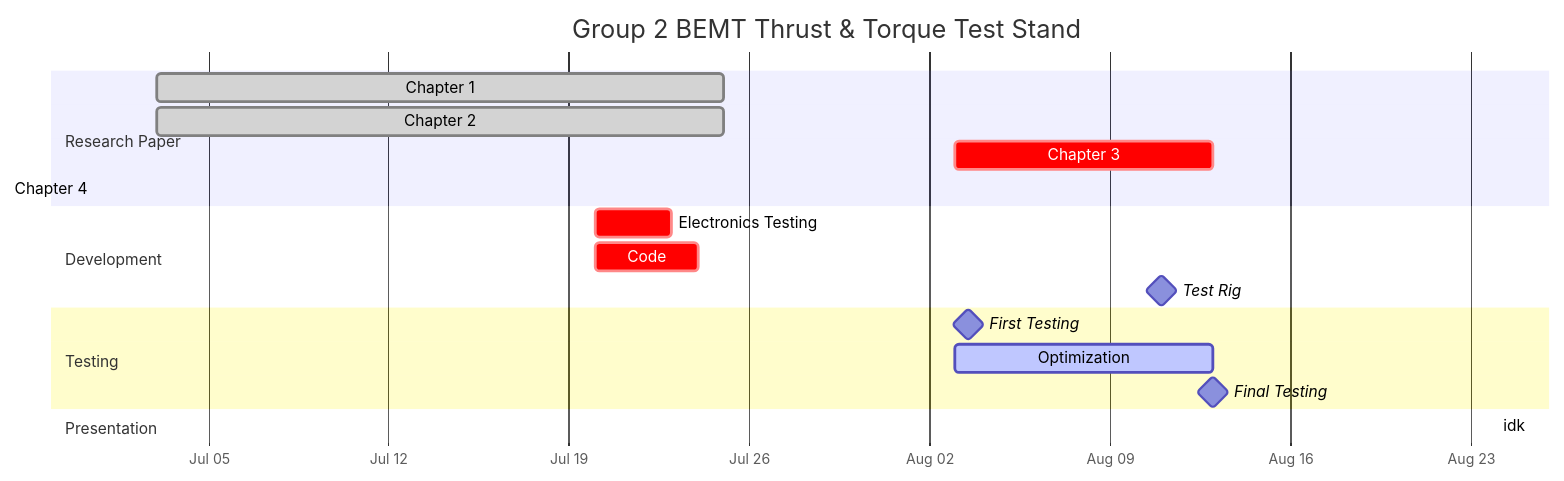
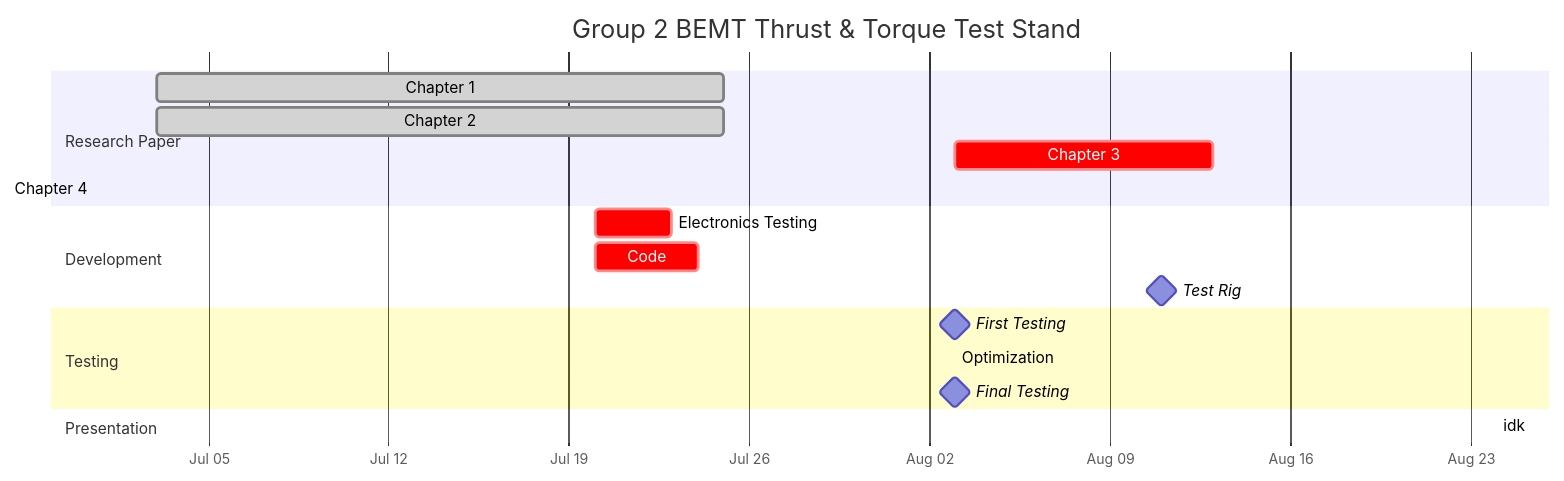
One commit to mdy-aap/AE-416-Research changed the diagram in Group 2/1_ganttchart.md. Above: the diagram before and after it, drawn with Mermaid.

````diff
--- a/Group 2/1_ganttchart.md
+++ b/Group 2/1_ganttchart.md
@@ -1,25 +1,25 @@
 ```mermaid
 gantt
     title Group 2 BEMT Thrust & Torque Test Stand
     dateFormat  YYYY-MM-DD
     axisFormat  %b %d
 
     section Research Paper
     Chapter 1            :done,   des, 2026-07-03, 2026-07-25
     Chapter 2            :done,   des, 2026-07-03, 2026-07-25
     Chapter 3            :crit,   des, 2026-08-03, 10d
-    Chapter 4            :active, des, after des, 1d
+    Chapter 4            :active, des, after des,
 
     section Development
     Electronics Testing  :crit,       dev, 2026-07-20, 3d
     Code                 :crit,       dev, 2026-07-20, 4d
     Test Rig             :milestone,  dev, after des3, 16d
 
     section Testing
-    First Testing        :milestone, dev, 2026-08-03, 1d
-    Optimization         :active,    dev, 2026-08-03, 10d
-    Final Testing        :milestone, dev, 2026-08-03, 20d
+    First Testing        :milestone, dev, 2026-08-03, 0d
+    Optimization         :active,    dev, 2026-08-03, 0d
+    Final Testing        :milestone, dev, 2026-08-03, 0d
 
     section Presentation
     idk                  :active, group, 2026-08-24, 0d
 ```
````
